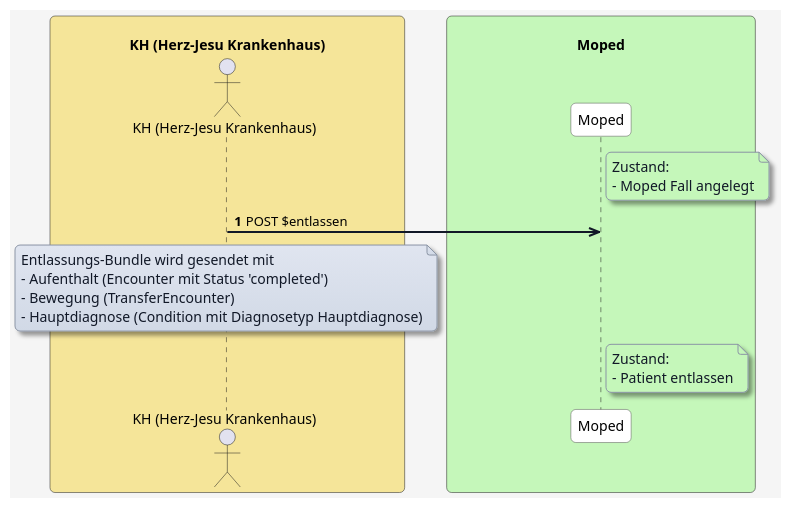
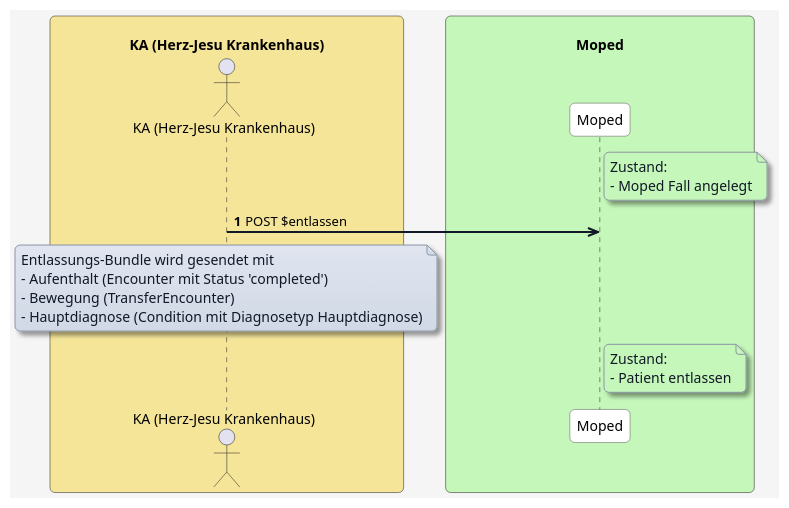
One commit to HL7Austria/ELGA-MOPED-R5 changed the diagram in plantuml/moped-fall-entlassung/entlassen-mit-hauptdiagnose.plantuml. Above: the diagram before and after it, drawn with PlantUML. The commit also changed 184 other files, not shown here.

```diff
--- a/plantuml/moped-fall-entlassung/entlassen-mit-hauptdiagnose.plantuml
+++ b/plantuml/moped-fall-entlassung/entlassen-mit-hauptdiagnose.plantuml
@@ -1,71 +1,71 @@
 @startuml
 skinparam borderColor #000000
 skinparam backgroundColor #f5f5f5
 skinparam shadowing false
 skinparam roundCorner 10
 skinparam defaultFontName "Arial"
 skinparam defaultFontSize 14
 skinparam defaultFontColor #000000
 
 skinparam note {
   BackgroundColor #e0e5f0-#d1d9e6
   BorderColor #8b95a5
   BorderThickness 1
   RoundCorner 8
   Padding 6
   FontColor #111827
   Shadowing true
 }
 
 skinparam HyperlinkColor #0000EE
 skinparam HyperlinkUnderline false
 
 skinparam sequence {
   ParticipantBorderColor #555555
   ParticipantBackgroundColor #ffffff
   ParticipantFontColor #000000
   ParticipantFontSize 14
   ParticipantPadding 20
   ArrowColor #111827
   ArrowThickness 2
   ArrowFontColor #000000
   ArrowFontSize 13
   GroupBorderColor #111827
   GroupBackgroundColor #f3f4f6
   GroupBorderThickness 1
 }
 
 skinparam BoxPadding 20
 skinparam BoxBorderColor #555555
 
-box "\n                     KH (Herz-Jesu Krankenhaus)                     " #f5e599
-  actor KH as "KH (Herz-Jesu Krankenhaus)"
+box "\n                     KA (Herz-Jesu Krankenhaus)                     " #f5e599
+  actor KA as "KA (Herz-Jesu Krankenhaus)"
 end box
 
 box "\n                                   Moped                                   " #c5f7ba
   participant MP as "Moped"
 end box
 
 
 autonumber
 
 note right of MP #c5f7ba
 Zustand:
 - Moped Fall angelegt
 end note
 
-KH ->> MP: POST $entlassen
+KA ->> MP: POST $entlassen
 
-note over KH
+note over KA
 Entlassungs-Bundle wird gesendet mit
 - Aufenthalt (Encounter mit Status 'completed')
 - Bewegung (TransferEncounter)
 - Hauptdiagnose (Condition mit Diagnosetyp Hauptdiagnose)
 end note
 
 note right of MP #c5f7ba
 Zustand:
 - Patient entlassen
 end note
 
 @enduml
```
